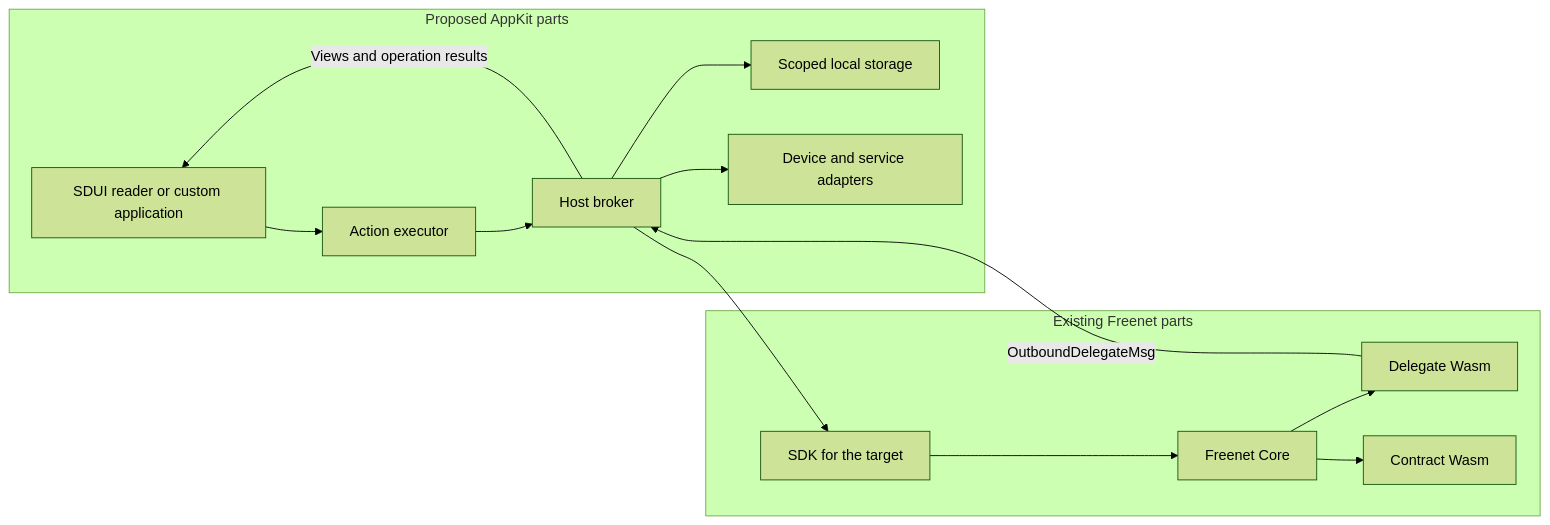
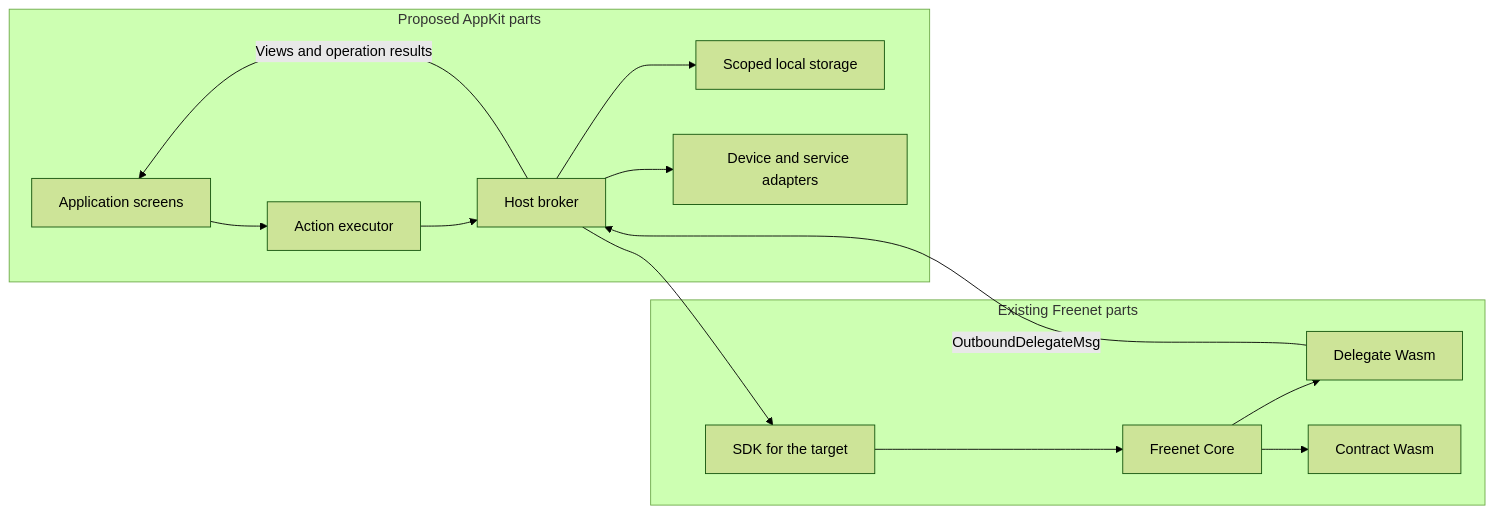
One commit to EVY-Platform/evy-freenet-plans changed the first of 2 diagrams in appkit/data-actions.md. Above: the diagram before and after it, drawn with Mermaid (forest theme). The commit also changed other lines of this file and 1 other file, not shown here.

````diff
--- a/appkit/data-actions.md
+++ b/appkit/data-actions.md
@@ -40,17 +40,17 @@
 ```mermaid
 flowchart LR
     subgraph proposed [Proposed AppKit parts]
-        UI["SDUI reader or custom application"] --> X["Action executor"]
+        UI["Application screens"] --> X["Action executor"]
         X --> H["Host broker"]
         H --> L["Scoped local storage"]
         H --> A["Device and service adapters"]
     end
     subgraph existing [Existing Freenet parts]
         S["SDK for the target"] --> F["Freenet Core"]
         F --> D["Delegate Wasm"]
         F --> C["Contract Wasm"]
     end
     H --> S
     D -->|"OutboundDelegateMsg"| H
     H -->|"Views and operation results"| UI
 ```
````
